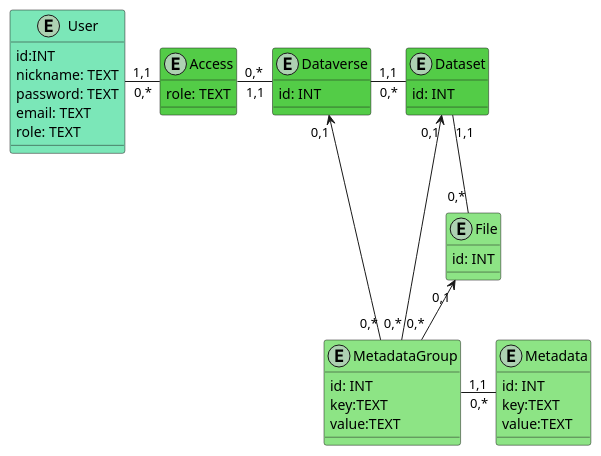
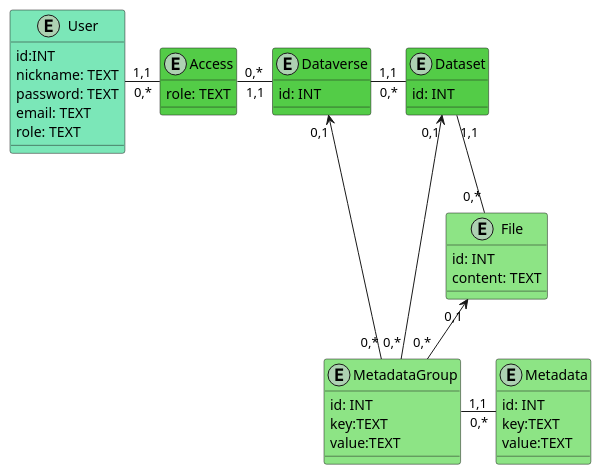
One commit to boldak/database_basics_template changed the diagram in src/uml/ER_2.puml. Above: the diagram before and after it, drawn with PlantUML.

```diff
--- a/src/uml/ER_2.puml
+++ b/src/uml/ER_2.puml
@@ -1,56 +1,57 @@
 @startuml
 entity User #7BE7B8 {
     id:INT
     nickname: TEXT
     password: TEXT
     email: TEXT
     role: TEXT
 }
 
 entity Dataverse #53CC47 {
     id: INT
 }
   
 entity Dataset #53CC47 {
     id: INT
 }
 
 
 
 entity Access #53CC47 {
     role: TEXT
 }
 
 
 entity File #8DE485 {
     id: INT
+    content: TEXT
 }
 
 
 
 
 entity MetadataGroup #8DE485 {
     id: INT
     key:TEXT
     value:TEXT
 }
 
 
 entity Metadata #8DE485 {
     id: INT
     key:TEXT
     value:TEXT
 }
   
 
 Access "0,*"-l-"1,1" User
 Access "0,*"-r-"1,1" Dataverse
 
 Dataverse "1,1"-r- "0,*" Dataset
 Dataset "1,1"--"0,*" File
 File "0,1"<--"0,*" MetadataGroup
 Dataset "0,1"<--"0,*" MetadataGroup
 Dataverse "0,1"<--"0,*" MetadataGroup
 
 Metadata "0,*" -l- "1,1" MetadataGroup
 @enduml
```
